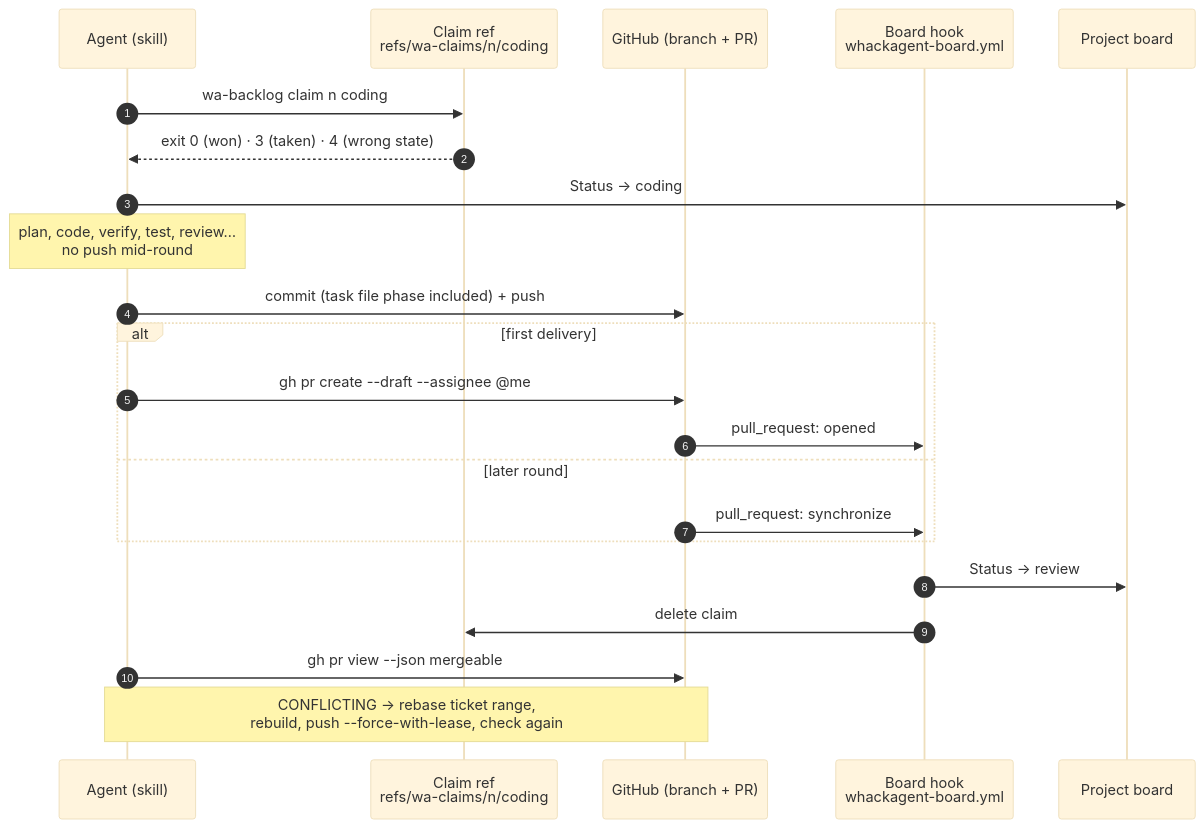
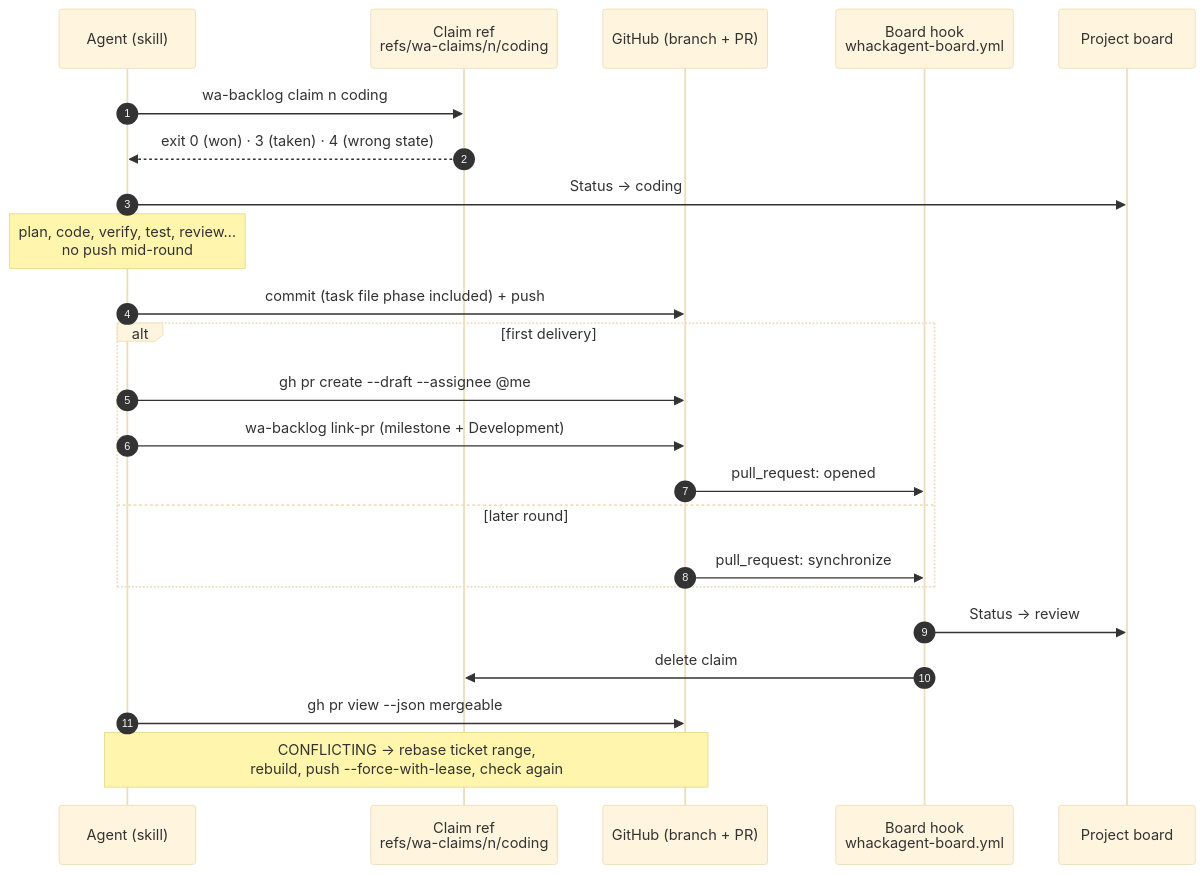
Before and after one commit to rlatapy-luna/whackagent: the second of 4 diagrams in WORKFLOW.md, drawn with Mermaid (base theme). The commit also changed 4 other files, not shown here.

First line of the commit message:
feat(github): link ticket PRs to milestone and Development

````diff
--- a/WORKFLOW.md
+++ b/WORKFLOW.md
@@ -54,25 +54,26 @@
 ```mermaid
 sequenceDiagram
     autonumber
     participant A as Agent (skill)
     participant C as Claim ref<br/>refs/wa-claims/n/coding
     participant G as GitHub (branch + PR)
     participant H as Board hook<br/>whackagent-board.yml
     participant B as Project board
 
     A->>C: wa-backlog claim n coding
     C-->>A: exit 0 (won) · 3 (taken) · 4 (wrong state)
     A->>B: Status → coding
     Note over A: plan, code, verify, test, review…<br/>no push mid-round
     A->>G: commit (task file phase included) + push
     alt first delivery
         A->>G: gh pr create --draft --assignee @me
+        A->>G: wa-backlog link-pr (milestone + Development)
         G->>H: pull_request: opened
     else later round
         G->>H: pull_request: synchronize
     end
     H->>B: Status → review
     H->>C: delete claim
     A->>G: gh pr view --json mergeable
     Note over A,G: CONFLICTING → rebase ticket range,<br/>rebuild, push --force-with-lease, check again
 ```
````
